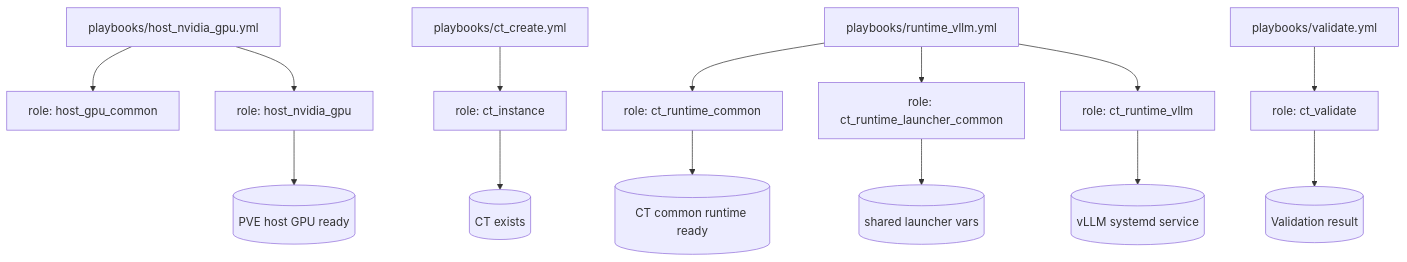
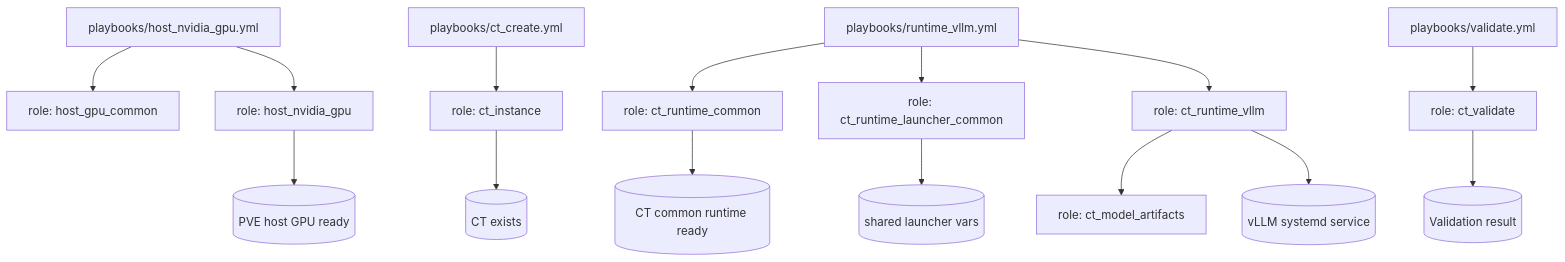
One commit to ktooi/ansible-collection-pve-inference changed the diagram in README.md. Above: the diagram before and after it, drawn with Mermaid. The commit also changed other lines of this file and 58 other files, not shown here.

````diff
--- a/README.md
+++ b/README.md
@@ -45,20 +46,21 @@
 ```mermaid
 flowchart TD
     A[playbooks/host_nvidia_gpu.yml] --> B[role: host_gpu_common]
     A --> C[role: host_nvidia_gpu]
 
     D[playbooks/ct_create.yml] --> E[role: ct_instance]
 
     F[playbooks/runtime_vllm.yml] --> G[role: ct_runtime_common]
     F --> G2[role: ct_runtime_launcher_common]
     F --> H[role: ct_runtime_vllm]
+    H --> H2[role: ct_model_artifacts]
 
     I[playbooks/validate.yml] --> J[role: ct_validate]
 
     C --> K[(PVE host GPU ready)]
     E --> L[(CT exists)]
     G --> M[(CT common runtime ready)]
     G2 --> M2[(shared launcher vars)]
     H --> N[(vLLM systemd service)]
     J --> O[(Validation result)]
 ```
````
